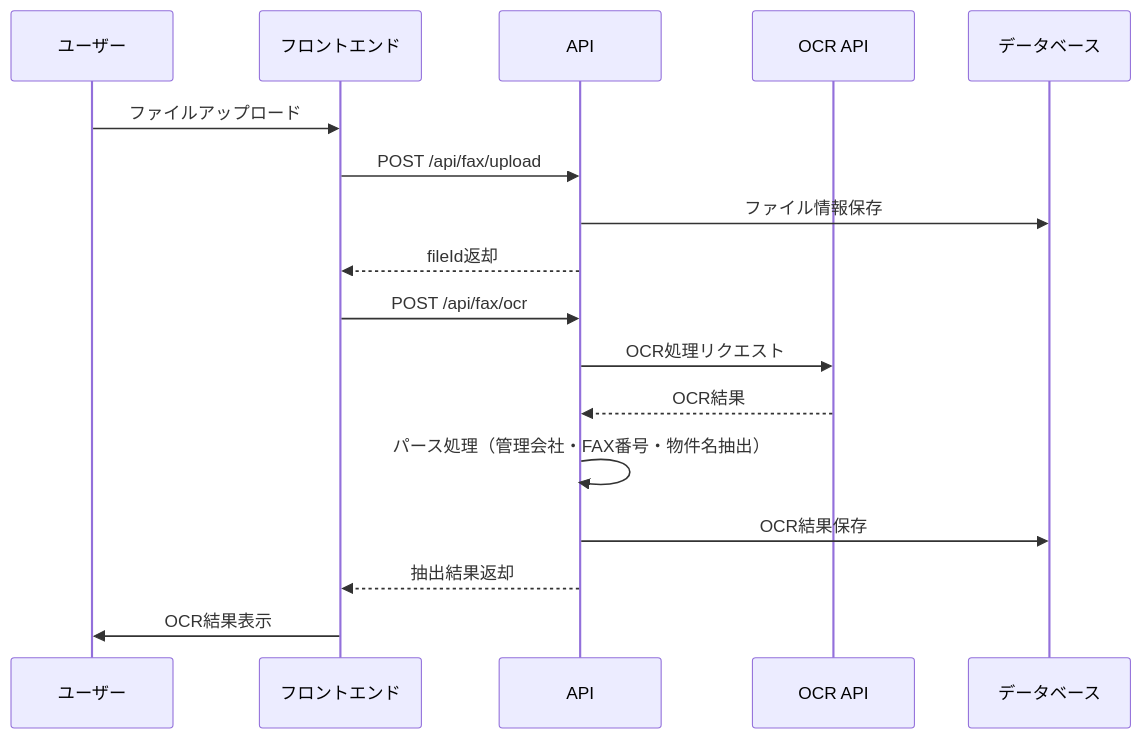
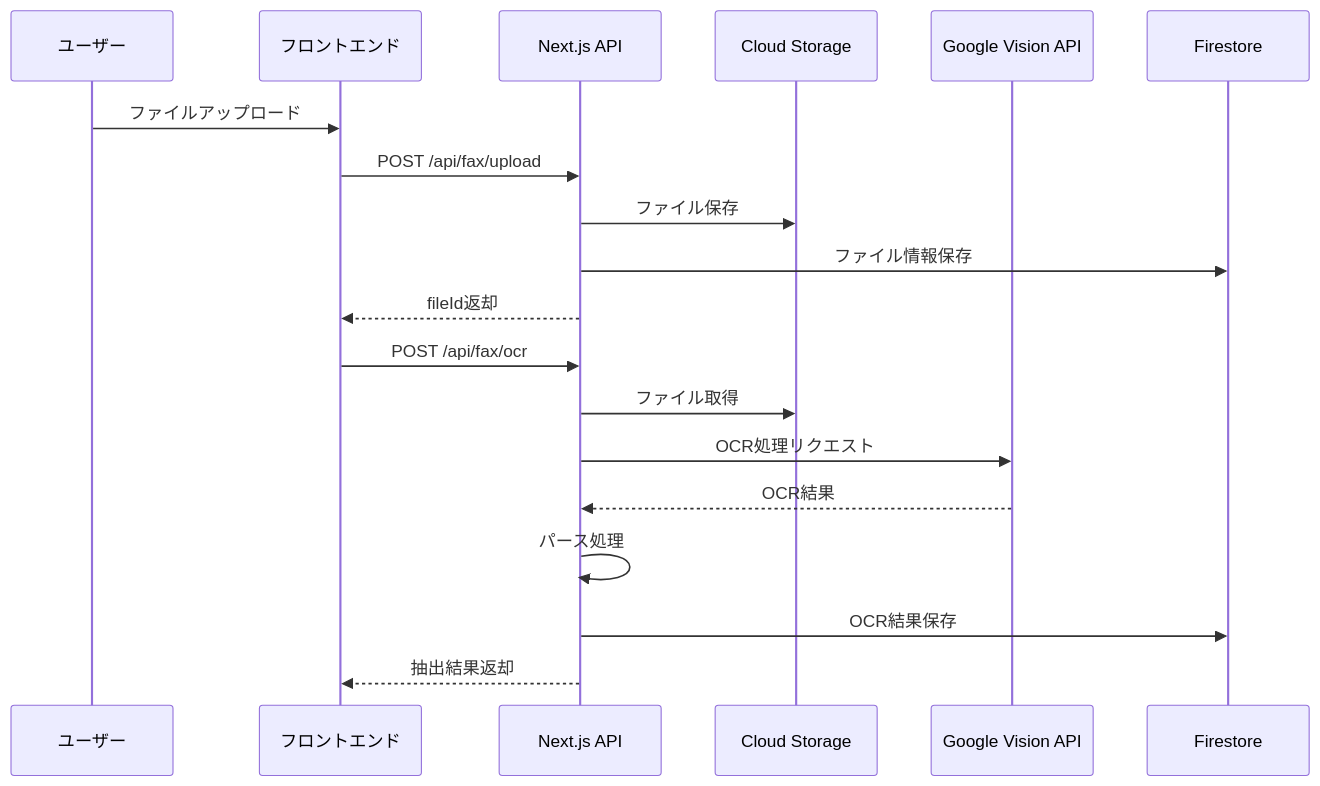
One commit to informationdentee-spec/dentee-eeFax changed the first of 3 diagrams in 不動産業界特化faxアプリmvp開発計画_e704833d.plan.md. Above: the diagram before and after it, drawn with Mermaid. The commit also changed other lines of this file and 1 other file, not shown here.

Commit message:
Revise implementation plans to use Firebase-based lightweight architecture

````diff
--- a/不動産業界特化faxアプリmvp開発計画_e704833d.plan.md
+++ b/不動産業界特化faxアプリmvp開発計画_e704833d.plan.md
@@ -537,22 +424,23 @@
 ```mermaid
 sequenceDiagram
     participant User as ユーザー
     participant Frontend as フロントエンド
-    participant API as API
-    participant OCR as OCR API
-    participant DB as データベース
+    participant API as Next.js API
+    participant Storage as Cloud Storage
+    participant OCR as Google Vision API
+    participant Firestore as Firestore
     
     User->>Frontend: ファイルアップロード
     Frontend->>API: POST /api/fax/upload
-    API->>DB: ファイル情報保存
+    API->>Storage: ファイル保存
+    API->>Firestore: ファイル情報保存
     API-->>Frontend: fileId返却
     
     Frontend->>API: POST /api/fax/ocr
+    API->>Storage: ファイル取得
     API->>OCR: OCR処理リクエスト
     OCR-->>API: OCR結果
-    API->>API: パース処理（管理会社・FAX番号・物件名抽出）
-    API->>DB: OCR結果保存
+    API->>API: パース処理
+    API->>Firestore: OCR結果保存
     API-->>Frontend: 抽出結果返却
-    
-    Frontend->>User: OCR結果表示
 ```
````
